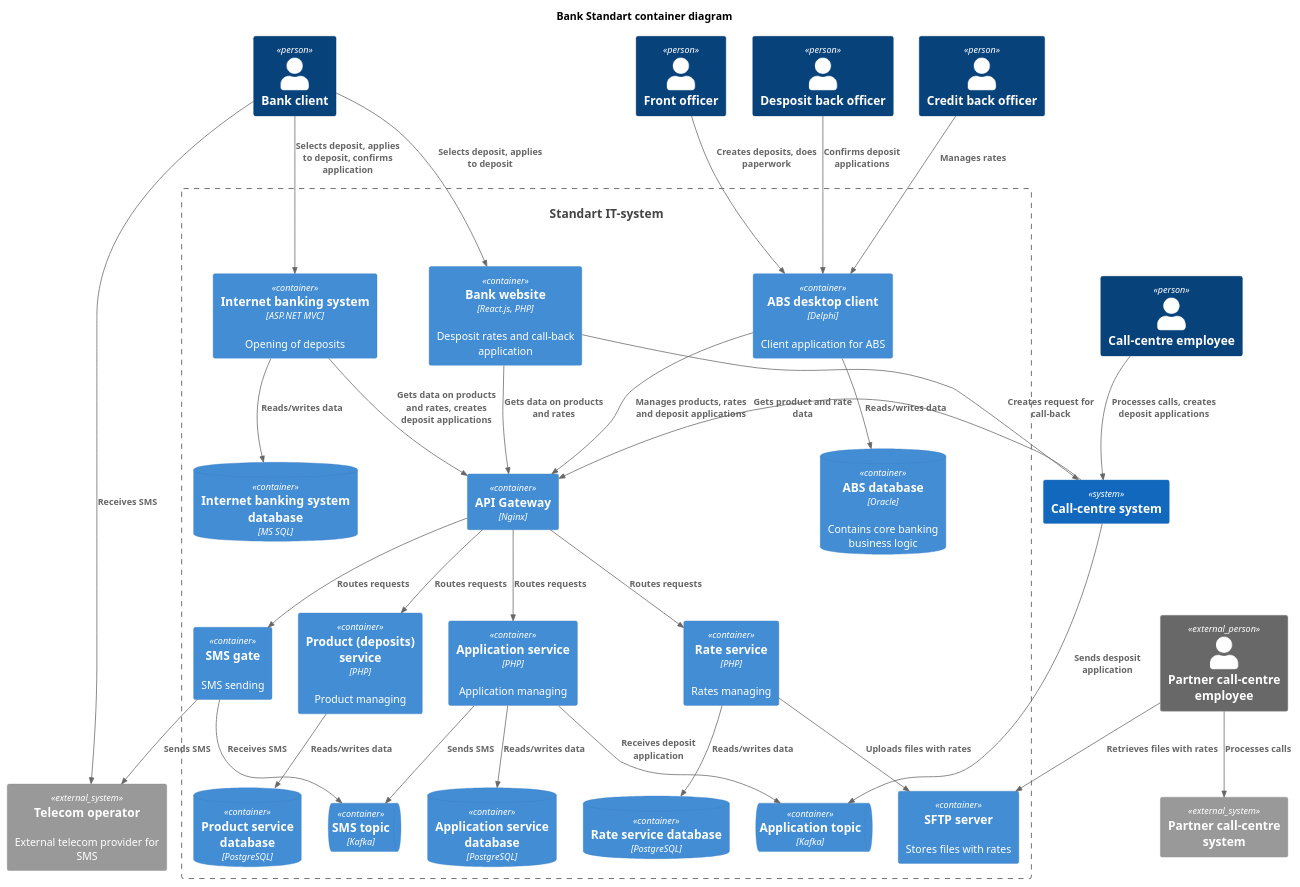
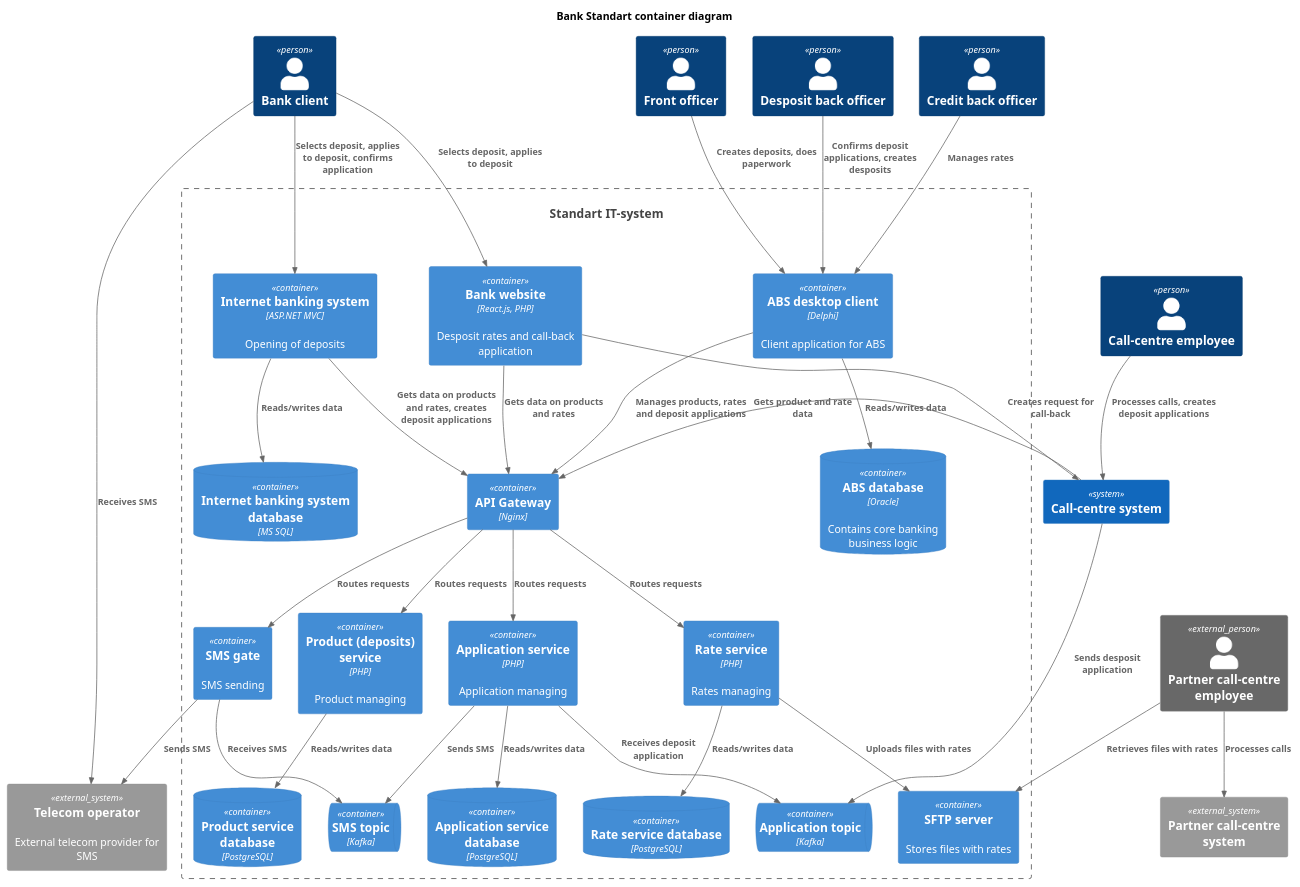
The diagram in Task4/c4_new_case_container_diagram.puml (grafkozloff/architecture-standart), drawn with PlantUML before and after one commit. The commit also changed 7 other files, not shown here.

```diff
--- a/Task4/c4_new_case_container_diagram.puml
+++ b/Task4/c4_new_case_container_diagram.puml
@@ -1,80 +1,80 @@
 @startuml
 title Bank Standart container diagram
 
 top to bottom direction
 
 !includeurl https://raw.githubusercontent.com/RicardoNiepel/C4-PlantUML/master/C4_Component.puml
 
 Person(client, "Bank client", "")
 Person(callCentreEmp, "Call-centre employee", "")
 Person(depositBackOfficer, "Desposit back officer", "")
 Person(creditBackOfficer, "Credit back officer", "")
 Person(frontOfficer, "Front officer", "")
 Person_Ext(partnerCallCentreEmp, "Partner call-centre employee", "")
 
 System(bankSys, "Standart IT-system")
 System(callCentreSys, "Call-centre system", "")
 System_Ext(telecomOperator, "Telecom operator", "External telecom provider for SMS")
 System_Ext(partnerCallCentreSys, "Partner call-centre system", "")
 
 Container_Boundary(bankSys, "Standart IT-system") {
 '  services
     Container(apiGateway, "API Gateway", "Nginx", "")
     Container(internetBank, "Internet banking system", "ASP.NET MVC", "Opening of deposits")
     Container(absClient, "ABS desktop client", "Delphi", "Client application for ABS")
     Container(website, "Bank website", "React.js, PHP", "Desposit rates and call-back application")
     Container(smsGate, "SMS gate", "", "SMS sending")
     Container(rateService, "Rate service", "PHP", "Rates managing")
     Container(productService, "Product (deposits) service", "PHP", "Product managing")
     Container(applicationService, "Application service", "PHP", "Application managing")
     Container(sftpServer, "SFTP server", "", "Stores files with rates")
 '  databases
     ContainerDb(absDB, "ABS database", "Oracle", "Contains core banking business logic")
     ContainerDb(internetBankDB, "Internet banking system database", "MS SQL", "")
     ContainerDb(rateServiceDB, "Rate service database", "PostgreSQL", "")
     ContainerDb(productServiceDB, "Product service database", "PostgreSQL", "")
     ContainerDb(applicationServiceDB, "Application service database", "PostgreSQL", "")
 '  topics
     ContainerQueue(smsTopic, "SMS topic", "Kafka")
     ContainerQueue(applicationTopic, "Application topic", "Kafka")
 }
 
 Rel(client, website, "Selects deposit, applies to deposit")
 Rel(website, apiGateway, "Gets data on products and rates")
 Rel(website, callCentreSys, "Creates request for call-back")
 Rel(callCentreEmp, callCentreSys, "Processes calls, creates deposit applications")
 Rel(callCentreSys, applicationTopic, "Sends desposit application")
 Rel(applicationService, applicationTopic, "Receives deposit application")
-Rel(depositBackOfficer, absClient, "Confirms deposit applications")
+Rel(depositBackOfficer, absClient, "Confirms deposit applications, creates desposits")
 Rel(absClient, apiGateway, "Manages products, rates and deposit applications")
 Rel(applicationService, smsTopic, "Sends SMS")
 Rel(frontOfficer, absClient, "Creates deposits, does paperwork")
 
 Rel(client, internetBank, "Selects deposit, applies to deposit, confirms application")
 Rel(internetBank, apiGateway, "Gets data on products and rates, creates deposit applications")
 
 Rel(apiGateway, smsGate, "Routes requests")
 Rel(apiGateway, rateService, "Routes requests")
 Rel(apiGateway, productService, "Routes requests")
 Rel(apiGateway, applicationService, "Routes requests")
 
 Rel(smsGate, smsTopic, "Receives SMS")
 Rel(smsGate, telecomOperator, "Sends SMS")
 Rel(client, telecomOperator, "Receives SMS")
 
 Rel(creditBackOfficer, absClient, "Manages rates")
 
 Rel(absClient, absDB, "Reads/writes data")
 Rel(internetBank, internetBankDB, "Reads/writes data")
 Rel(rateService, rateServiceDB, "Reads/writes data")
 Rel(productService, productServiceDB, "Reads/writes data")
 Rel(applicationService, applicationServiceDB, "Reads/writes data")
 
 Rel(callCentreSys, apiGateway, "Gets product and rate data")
 Rel(rateService, sftpServer, "Uploads files with rates")
 Rel(partnerCallCentreEmp, partnerCallCentreSys, "Processes calls")
 Rel(partnerCallCentreEmp, sftpServer, "Retrieves files with rates")
 
 callCentreEmp --[hidden]-> partnerCallCentreEmp
 
 @enduml
```
